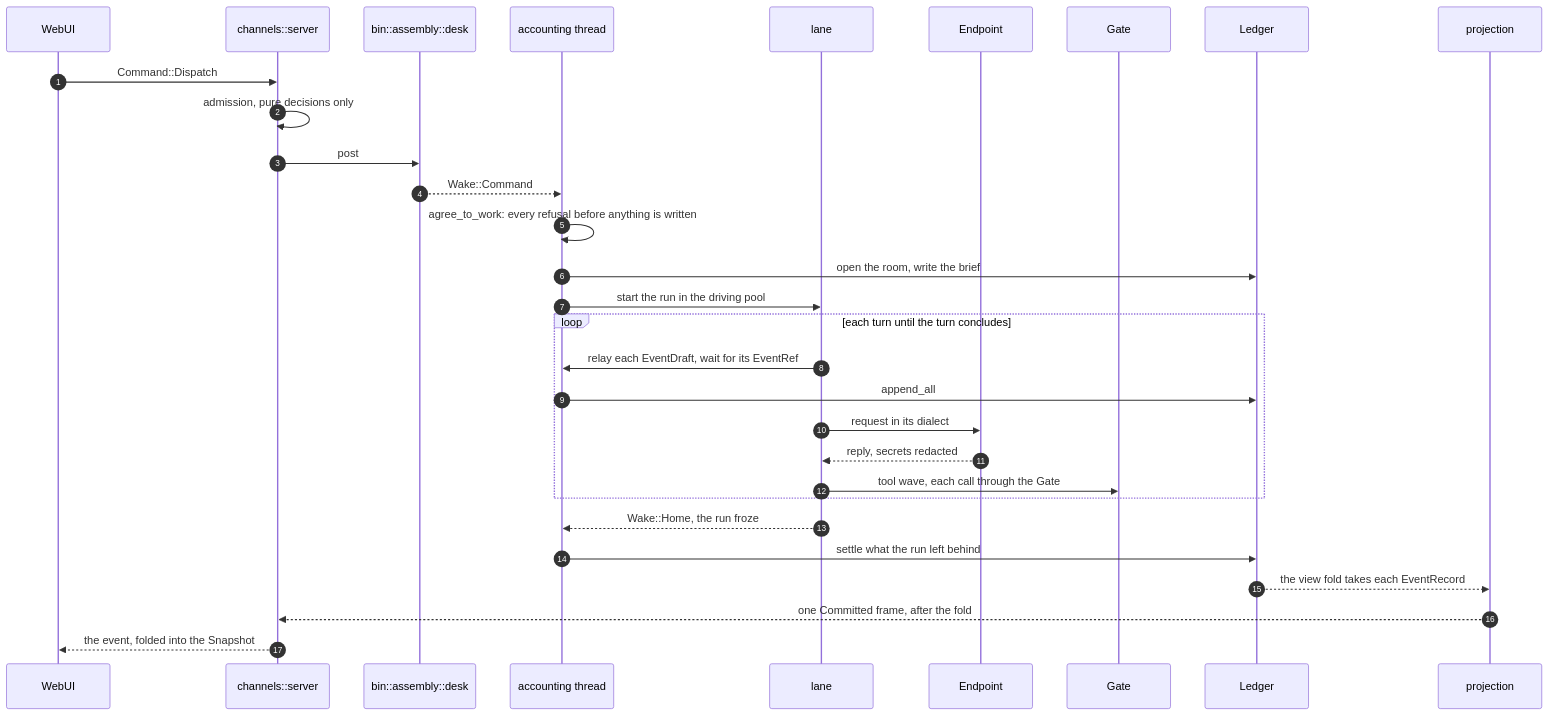
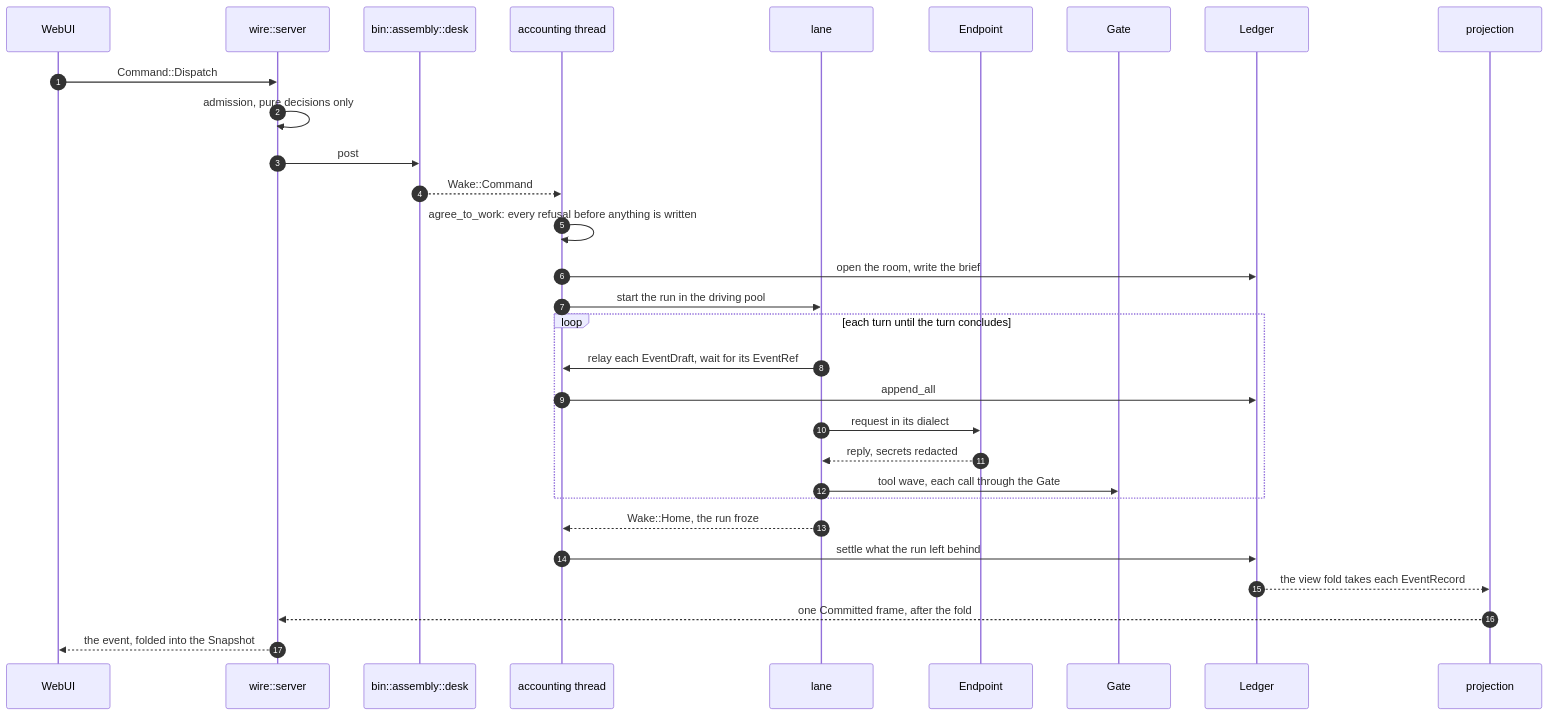
The second of 8 diagrams in ARCHITECTURE.md (2youg1/sprawling-agents), drawn with Mermaid before and after one commit. The commit also changed other lines of this file and 427 other files, not shown here.

````diff
--- a/ARCHITECTURE.md
+++ b/ARCHITECTURE.md
@@ -784,32 +784,32 @@
 ```mermaid
 sequenceDiagram
     autonumber
     participant W as WebUI
-    participant S as channels::server
+    participant S as wire::server
     participant D as bin::assembly::desk
     participant A as accounting thread
     participant L as lane
     participant E as Endpoint
     participant G as Gate
     participant R as Ledger
     participant P as projection
     W->>S: Command::Dispatch
     S->>S: admission, pure decisions only
     S->>D: post
     D-->>A: Wake::Command
     A->>A: agree_to_work: every refusal before anything is written
     A->>R: open the room, write the brief
     A->>L: start the run in the driving pool
     loop each turn until the turn concludes
         L->>A: relay each EventDraft, wait for its EventRef
         A->>R: append_all
         L->>E: request in its dialect
         E-->>L: reply, secrets redacted
         L->>G: tool wave, each call through the Gate
     end
     L-->>A: Wake::Home, the run froze
     A->>R: settle what the run left behind
     R-->>P: the view fold takes each EventRecord
     P-->>S: one Committed frame, after the fold
     S-->>W: the event, folded into the Snapshot
 ```
````
